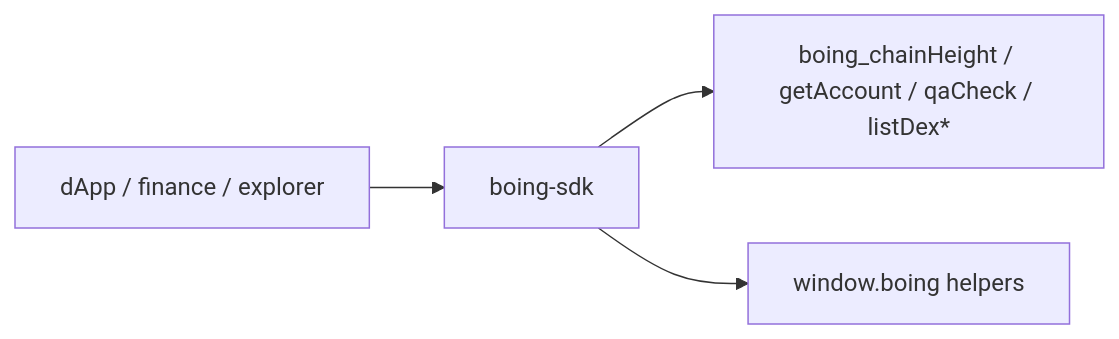
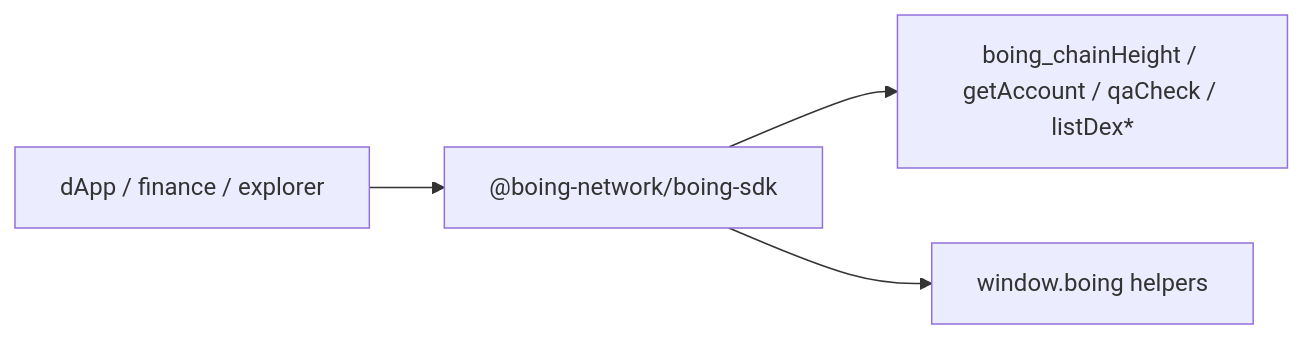
Before and after one commit to Boing-Network/boing.network: the diagram in boing-sdk/README.md, drawn with Mermaid. The commit also changed other lines of this file and 14 other files, not shown here.

First line of the commit message:
docs: point consumers at @boing-network/boing-sdk@0.5.24

````diff
--- a/boing-sdk/README.md
+++ b/boing-sdk/README.md
@@ -9,6 +9,6 @@
 ```mermaid
 flowchart LR
-  App[dApp / finance / explorer] --> SDK[boing-sdk]
+  App[dApp / finance / explorer] --> SDK["@boing-network/boing-sdk"]
   SDK --> RPC[boing_chainHeight / getAccount / qaCheck / listDex*]
   SDK --> Wallet[window.boing helpers]
 ```
````
